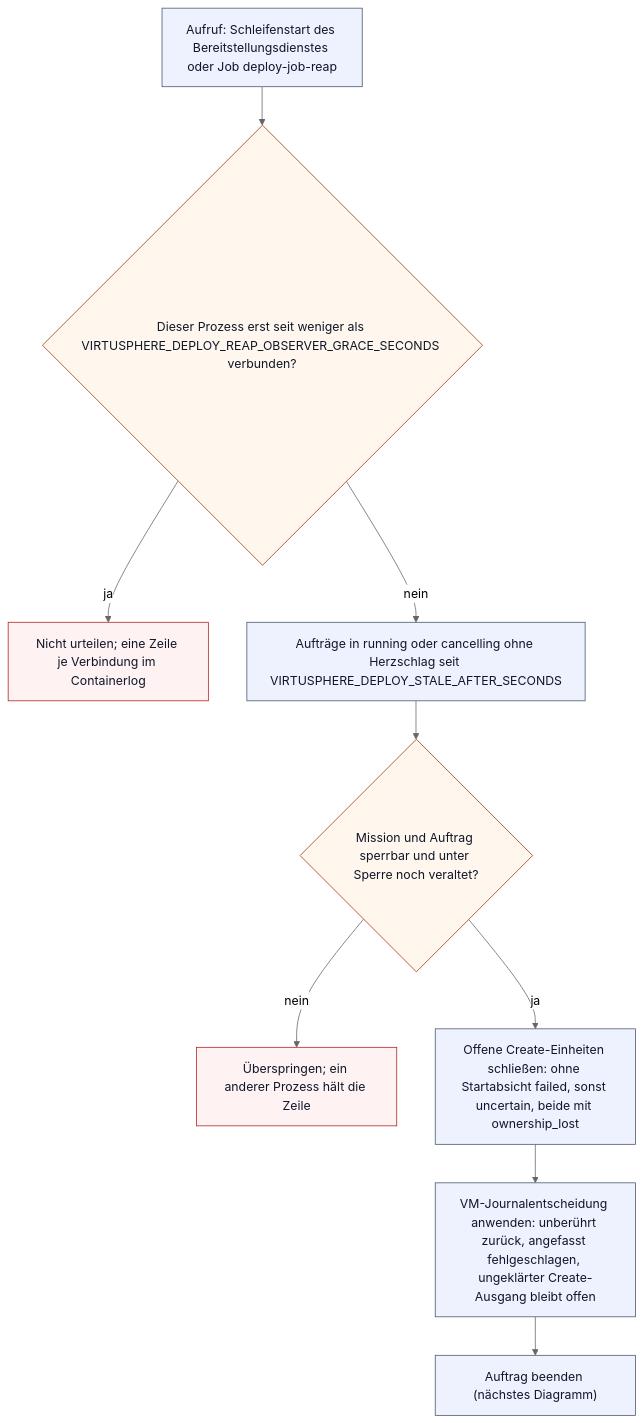
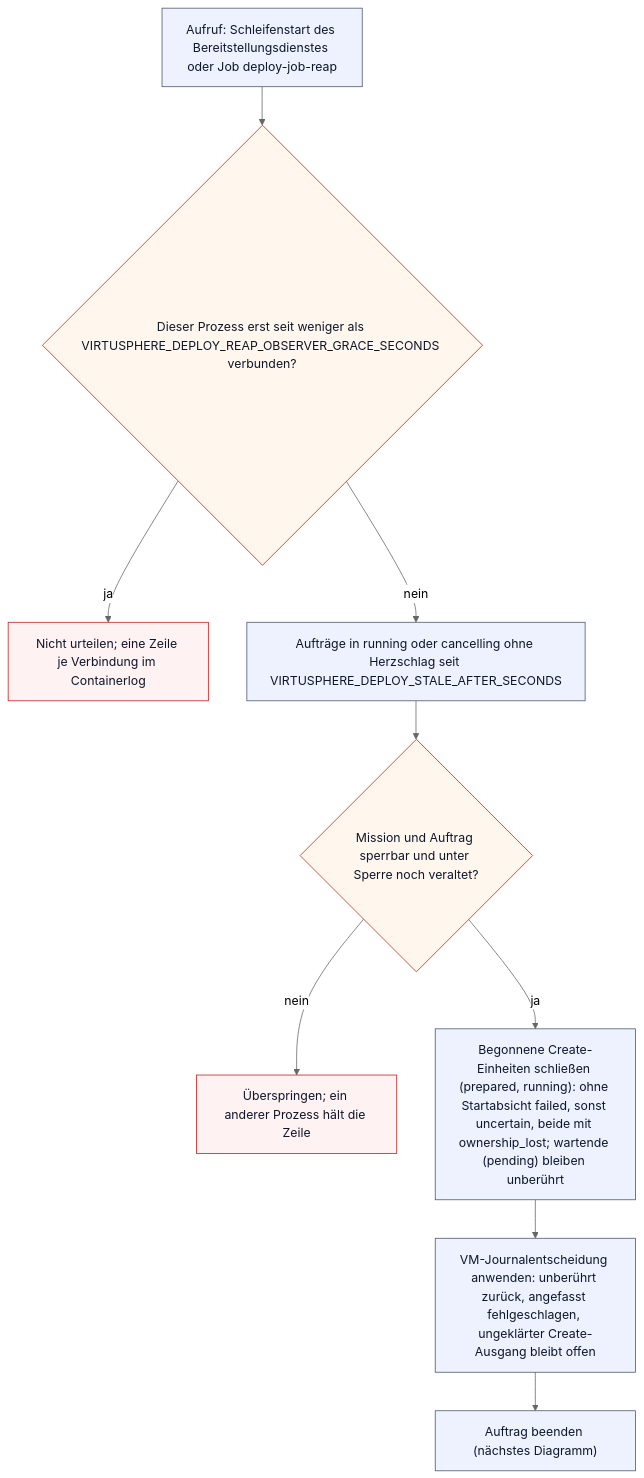
Before and after one commit to Samy94M/VirtuSphere-v2-WebApp: the fourth of 18 diagrams in docs/operations/deploy-flows.md, drawn with Mermaid (neutral theme). The commit also changed other lines of this file and 12 other files, not shown here.

First line of the commit message:
TS1-K1: align operations docs and diagrams with the code after the text audit

````diff
--- a/docs/operations/deploy-flows.md
+++ b/docs/operations/deploy-flows.md
@@ -185,17 +193,17 @@
 ```mermaid
 flowchart TD
     call["Aufruf: Schleifenstart des Bereitstellungsdienstes oder Job deploy-job-reap"] --> blind{"Dieser Prozess erst seit weniger als VIRTUSPHERE_DEPLOY_REAP_OBSERVER_GRACE_SECONDS verbunden?"}
     blind -->|ja| hold["Nicht urteilen; eine Zeile je Verbindung im Containerlog"]
     blind -->|nein| scan["Aufträge in running oder cancelling ohne Herzschlag seit VIRTUSPHERE_DEPLOY_STALE_AFTER_SECONDS"]
     scan --> lock{"Mission und Auftrag sperrbar und unter Sperre noch veraltet?"}
     lock -->|nein| skip["Überspringen; ein anderer Prozess hält die Zeile"]
-    lock -->|ja| units["Offene Create-Einheiten schließen: ohne Startabsicht failed, sonst uncertain, beide mit ownership_lost"]
+    lock -->|ja| units["Begonnene Create-Einheiten schließen (prepared, running): ohne Startabsicht failed, sonst uncertain, beide mit ownership_lost; wartende (pending) bleiben unberührt"]
     units --> vms["VM-Journalentscheidung anwenden: unberührt zurück, angefasst fehlgeschlagen, ungeklärter Create-Ausgang bleibt offen"]
     vms --> conclude["Auftrag beenden (nächstes Diagramm)"]
     classDef step fill:#eef2ff,stroke:#475569,color:#0f172a;
     classDef decision fill:#fff7ed,stroke:#9a3412,color:#0f172a;
     classDef blocked fill:#fef2f2,stroke:#b91c1c,color:#0f172a;
     class call,scan,units,vms,conclude step;
     class blind,lock decision;
     class hold,skip blocked;
 ```
````
